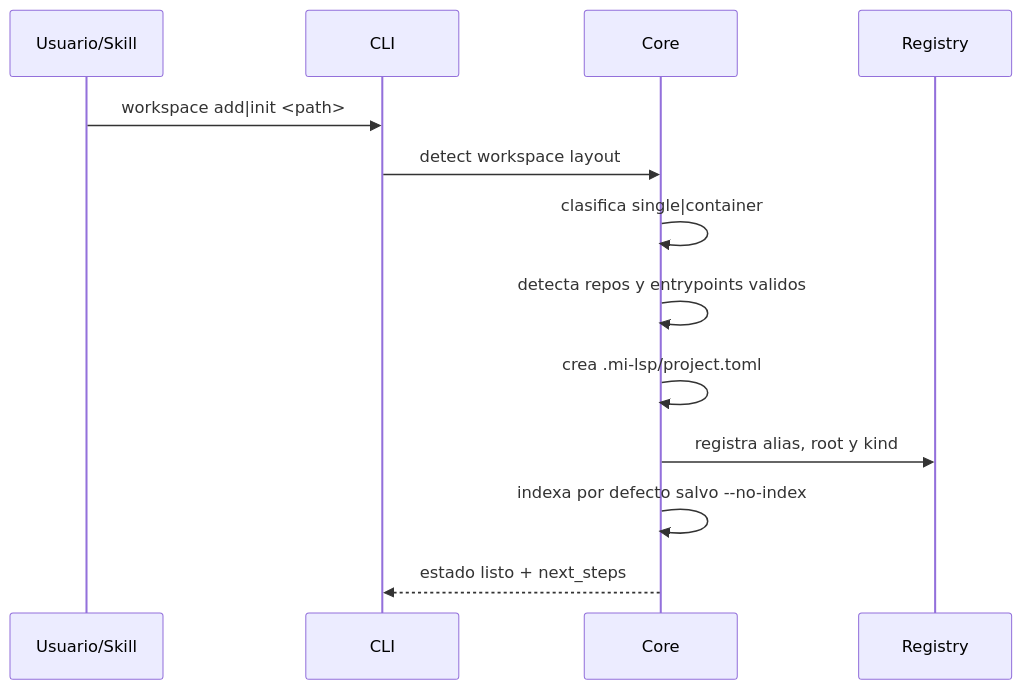
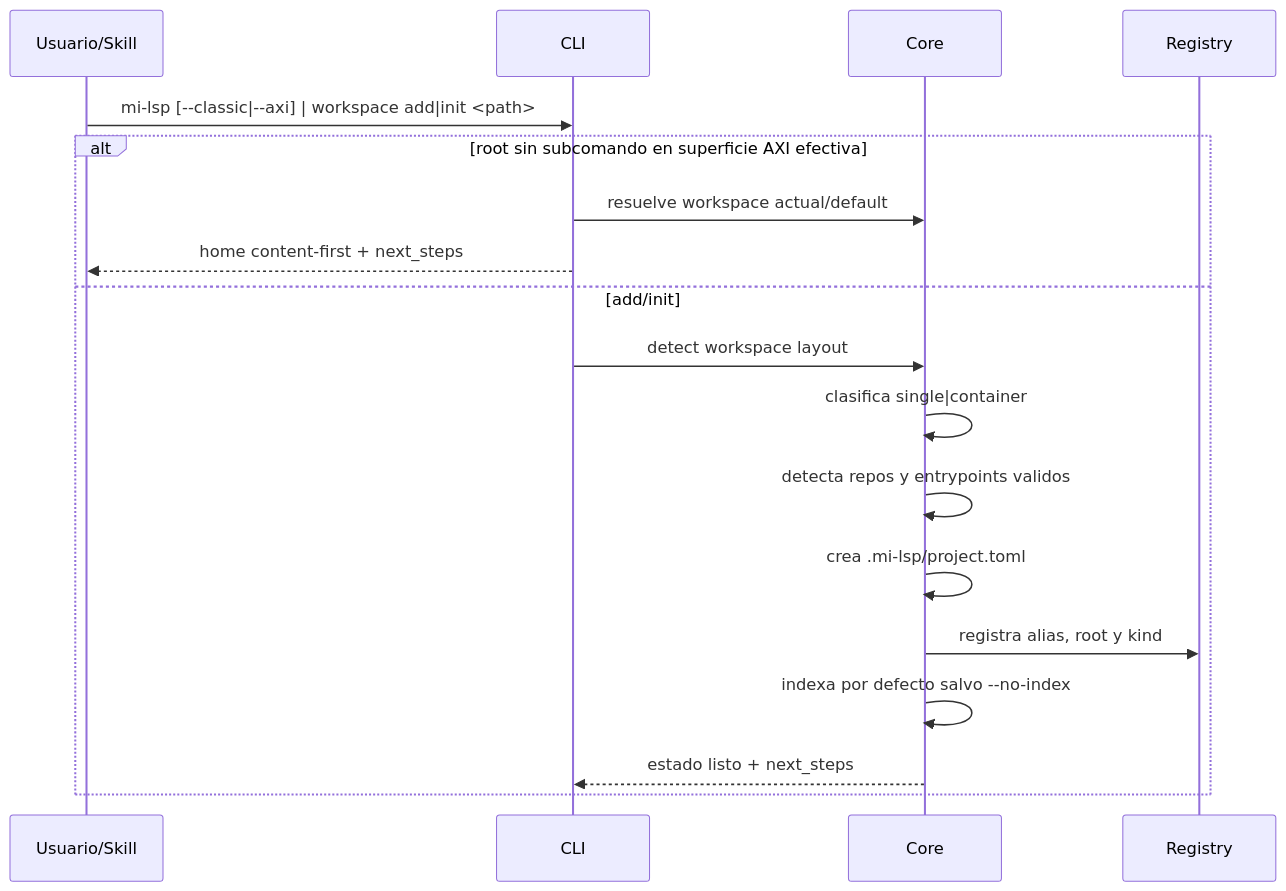
Before and after one commit to fgpaz/mi-lsp: the diagram in .docs/wiki/03_FL/FL-BOOT-01.md, drawn with Mermaid. The commit also changed other lines of this file and 86 other files, not shown here.

````diff
--- a/.docs/wiki/03_FL/FL-BOOT-01.md
+++ b/.docs/wiki/03_FL/FL-BOOT-01.md
@@ -14,16 +14,21 @@
 ```mermaid
 sequenceDiagram
     participant U as Usuario/Skill
     participant CLI as CLI
     participant C as Core
     participant R as Registry
 
-    U->>CLI: workspace add|init <path>
-    CLI->>C: detect workspace layout
-    C->>C: clasifica single|container
-    C->>C: detecta repos y entrypoints validos
-    C->>C: crea .mi-lsp/project.toml
-    C->>R: registra alias, root y kind
-    C->>C: indexa por defecto salvo --no-index
-    C-->>CLI: estado listo + next_steps
+    U->>CLI: mi-lsp [--classic|--axi] | workspace add|init <path>
+    alt root sin subcomando en superficie AXI efectiva
+        CLI->>C: resuelve workspace actual/default
+        CLI-->>U: home content-first + next_steps
+    else add/init
+        CLI->>C: detect workspace layout
+        C->>C: clasifica single|container
+        C->>C: detecta repos y entrypoints validos
+        C->>C: crea .mi-lsp/project.toml
+        C->>R: registra alias, root y kind
+        C->>C: indexa por defecto salvo --no-index
+        C-->>CLI: estado listo + next_steps
+    end
 ```
````
